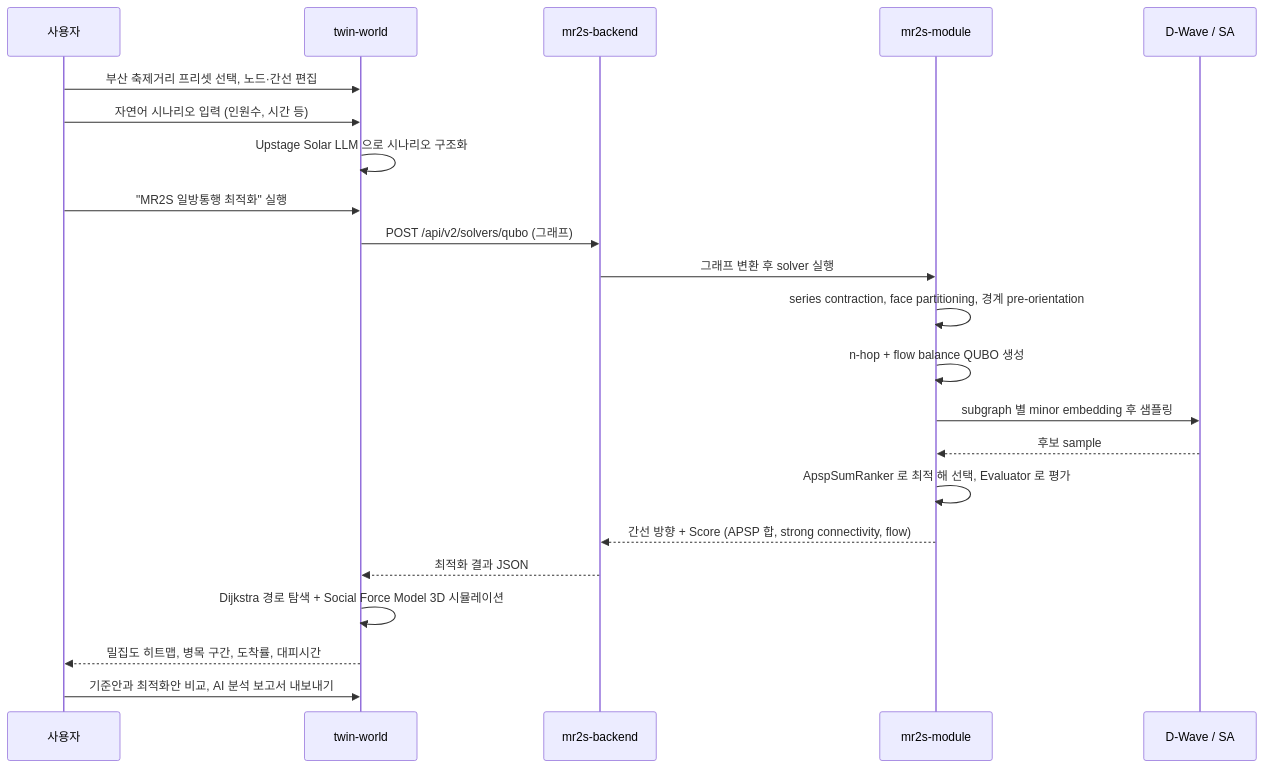
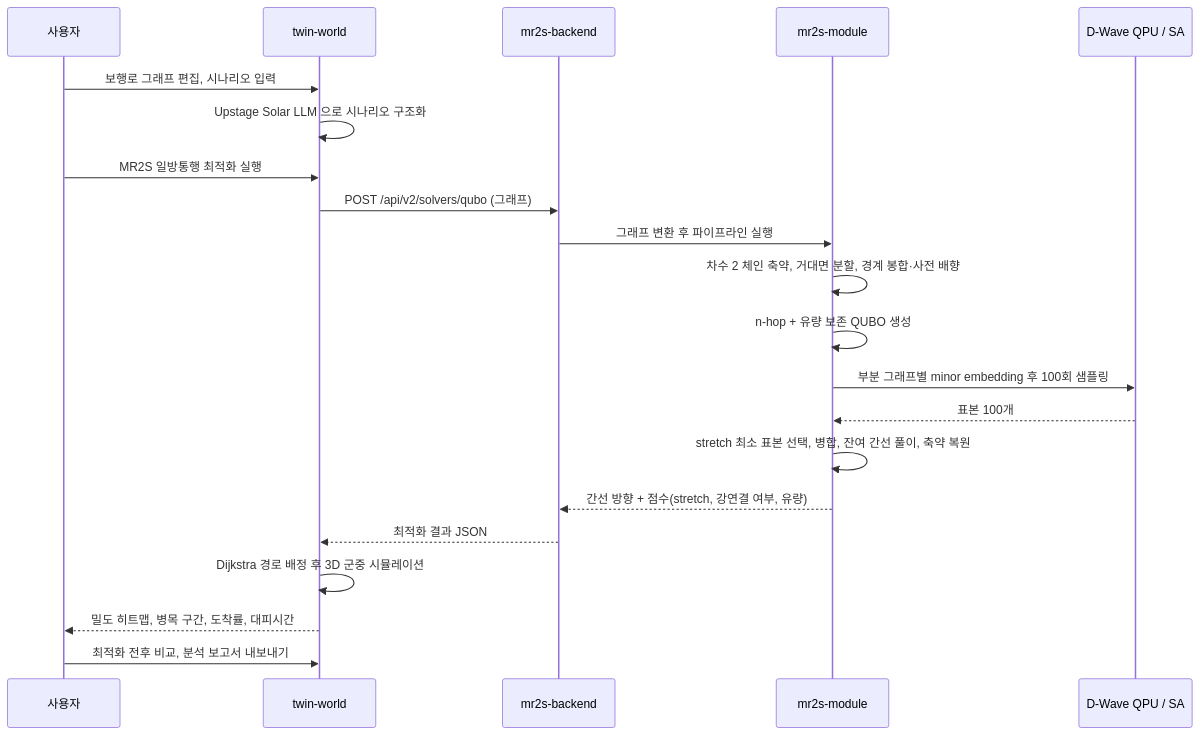
One commit to pnucse-capstone2026/capstone-2026-team-36 changed the second of 2 diagrams in README.md. Above: the diagram before and after it, drawn with Mermaid. The commit also changed other lines of this file and 3 other files, not shown here.

````diff
--- a/README.md
+++ b/README.md
@@ -122,25 +123,24 @@
 ```mermaid
 sequenceDiagram
     participant U as 사용자
     participant TW as twin-world
     participant BE as mr2s-backend
     participant MOD as mr2s-module
-    participant QA as D-Wave / SA
+    participant QA as D-Wave QPU / SA
 
-    U->>TW: 부산 축제거리 프리셋 선택, 노드·간선 편집
-    U->>TW: 자연어 시나리오 입력 (인원수, 시간 등)
+    U->>TW: 보행로 그래프 편집, 시나리오 입력
     TW->>TW: Upstage Solar LLM 으로 시나리오 구조화
-    U->>TW: "MR2S 일방통행 최적화" 실행
+    U->>TW: MR2S 일방통행 최적화 실행
     TW->>BE: POST /api/v2/solvers/qubo (그래프)
-    BE->>MOD: 그래프 변환 후 solver 실행
-    MOD->>MOD: series contraction, face partitioning, 경계 pre-orientation
-    MOD->>MOD: n-hop + flow balance QUBO 생성
-    MOD->>QA: subgraph 별 minor embedding 후 샘플링
-    QA-->>MOD: 후보 sample
-    MOD->>MOD: ApspSumRanker 로 최적 해 선택, Evaluator 로 평가
-    MOD-->>BE: 간선 방향 + Score (APSP 합, strong connectivity, flow)
+    BE->>MOD: 그래프 변환 후 파이프라인 실행
+    MOD->>MOD: 차수 2 체인 축약, 거대면 분할, 경계 봉합·사전 배향
+    MOD->>MOD: n-hop + 유량 보존 QUBO 생성
+    MOD->>QA: 부분 그래프별 minor embedding 후 100회 샘플링
+    QA-->>MOD: 표본 100개
+    MOD->>MOD: stretch 최소 표본 선택, 병합, 잔여 간선 풀이, 축약 복원
+    MOD-->>BE: 간선 방향 + 점수(stretch, 강연결 여부, 유량)
     BE-->>TW: 최적화 결과 JSON
-    TW->>TW: Dijkstra 경로 탐색 + Social Force Model 3D 시뮬레이션
-    TW-->>U: 밀집도 히트맵, 병목 구간, 도착률, 대피시간
-    U->>TW: 기준안과 최적화안 비교, AI 분석 보고서 내보내기
+    TW->>TW: Dijkstra 경로 배정 후 3D 군중 시뮬레이션
+    TW-->>U: 밀도 히트맵, 병목 구간, 도착률, 대피시간
+    U->>TW: 최적화 전후 비교, 분석 보고서 내보내기
 ```
````
